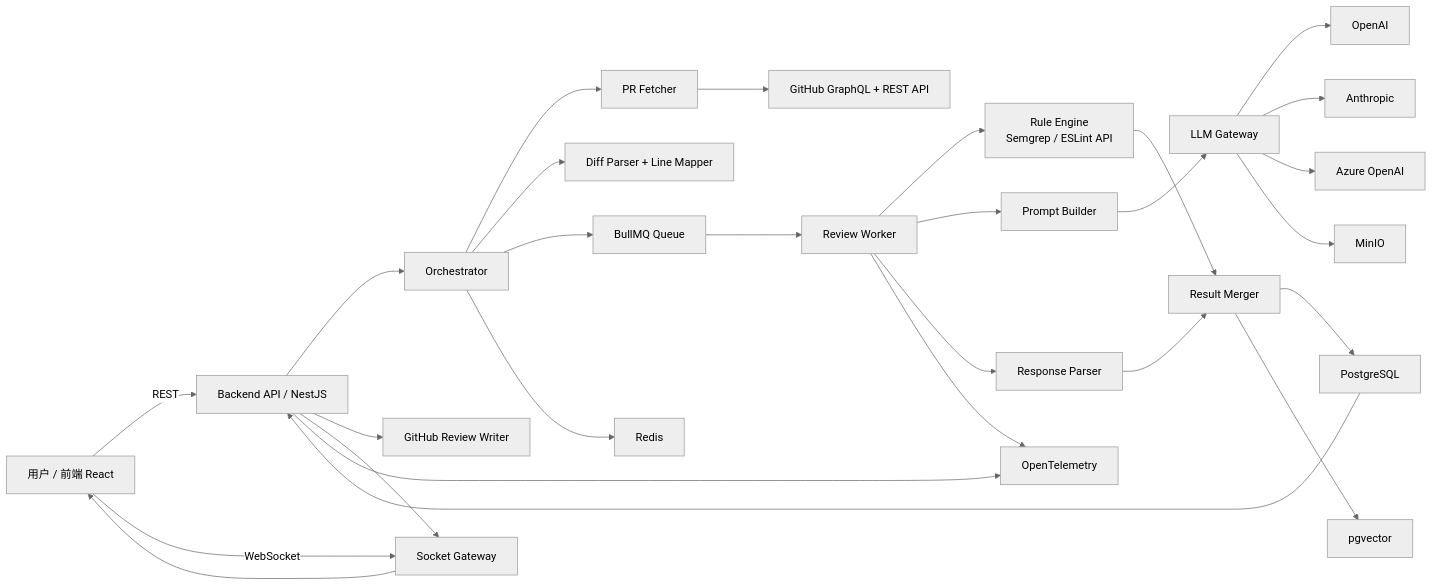
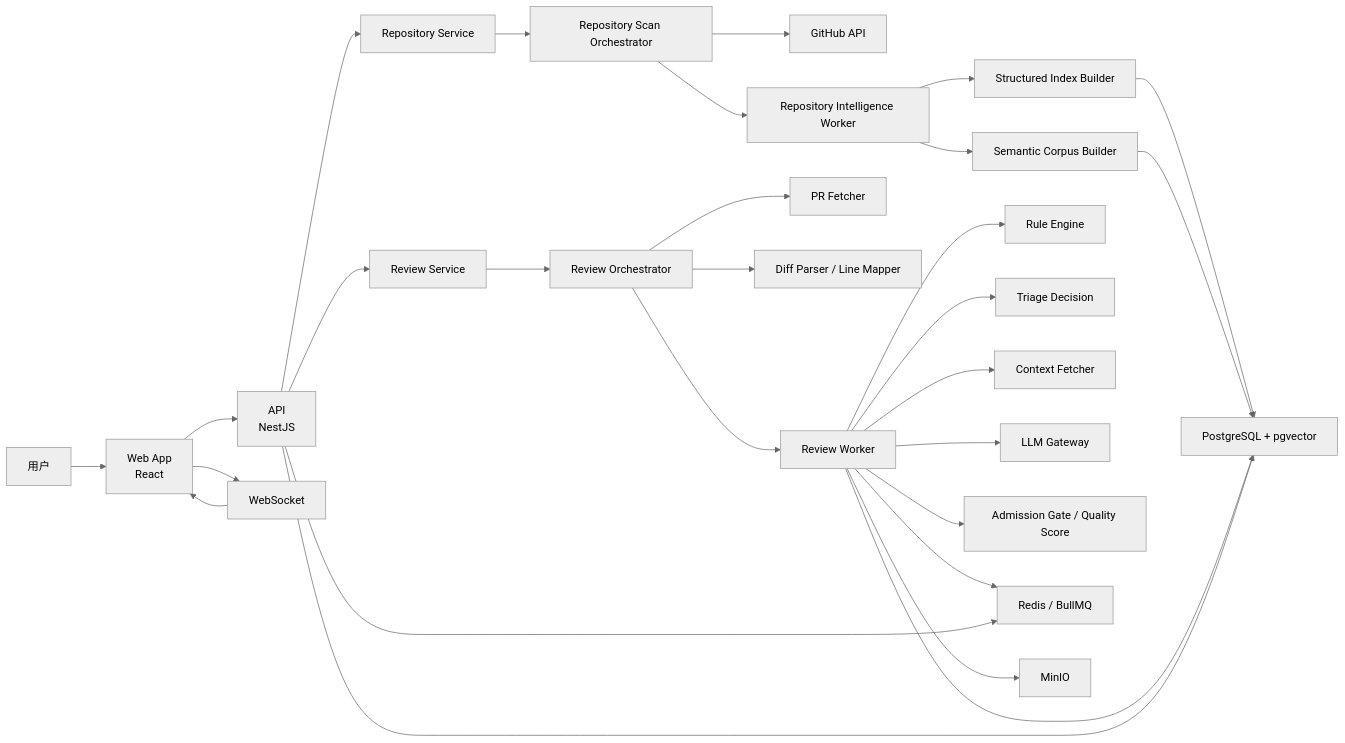
One commit to zhaoyongze123/ai-pr-review-assistant changed the first of 4 diagrams in docs/ai-pr-review-architecture.md. Above: the diagram before and after it, drawn with Mermaid (neutral theme). The commit also changed other lines of this file and 34 other files, not shown here.

````diff
--- a/docs/ai-pr-review-architecture.md
+++ b/docs/ai-pr-review-architecture.md
@@ -55,38 +61,38 @@
 ```mermaid
 flowchart LR
-    User["用户 / 前端 React"] -->|REST| Api["Backend API / NestJS"]
-    User -->|WebSocket| Ws["Socket Gateway"]
+    User["用户"] --> Web["Web App<br/>React"]
+    Web --> Api["API<br/>NestJS"]
+    Web --> Ws["WebSocket"]
 
-    Api --> Orchestrator["Orchestrator"]
-    Api --> GithubWriter["GitHub Review Writer"]
+    Api --> RepoSvc["Repository Service"]
+    Api --> ReviewSvc["Review Service"]
 
-    Orchestrator --> Fetcher["PR Fetcher"]
-    Fetcher --> GitHub["GitHub GraphQL + REST API"]
+    RepoSvc --> ScanOrc["Repository Scan Orchestrator"]
+    ReviewSvc --> ReviewOrc["Review Orchestrator"]
 
-    Orchestrator --> DiffParser["Diff Parser + Line Mapper"]
-    Orchestrator --> Queue["BullMQ Queue"]
-    Queue --> Worker["Review Worker"]
+    ScanOrc --> GitHub["GitHub API"]
+    ScanOrc --> RepoWorker["Repository Intelligence Worker"]
 
-    Worker --> RuleEngine["Rule Engine<br/>Semgrep / ESLint API"]
-    Worker --> PromptBuilder["Prompt Builder"]
-    PromptBuilder --> LLMGateway["LLM Gateway"]
-    LLMGateway --> ProviderA["OpenAI"]
-    LLMGateway --> ProviderB["Anthropic"]
-    LLMGateway --> ProviderC["Azure OpenAI"]
+    ReviewOrc --> PrFetcher["PR Fetcher"]
+    ReviewOrc --> DiffCore["Diff Parser / Line Mapper"]
+    ReviewOrc --> ReviewWorker["Review Worker"]
 
-    Worker --> ResponseParser["Response Parser"]
-    RuleEngine --> Merger["Result Merger"]
-    ResponseParser --> Merger["Result Merger"]
+    RepoWorker --> StructIndex["Structured Index Builder"]
+    RepoWorker --> SemanticIndex["Semantic Corpus Builder"]
 
-    Merger --> Postgres["PostgreSQL"]
-    Merger --> Vector["pgvector"]
-    LLMGateway --> MinIO["MinIO"]
-    Orchestrator --> Redis["Redis"]
+    ReviewWorker --> RuleEngine["Rule Engine"]
+    ReviewWorker --> Triage["Triage Decision"]
+    ReviewWorker --> ContextFetcher["Context Fetcher"]
+    ReviewWorker --> LLM["LLM Gateway"]
+    ReviewWorker --> Gate["Admission Gate / Quality Score"]
 
-    Postgres --> Api
-    Api --> Ws
-    Ws --> User
+    StructIndex --> Postgres["PostgreSQL + pgvector"]
+    SemanticIndex --> Postgres
+    ReviewWorker --> Postgres
+    ReviewWorker --> Redis["Redis / BullMQ"]
+    ReviewWorker --> MinIO["MinIO"]
 
-    Api --> OTel["OpenTelemetry"]
-    Worker --> OTel
+    Api --> Postgres
+    Api --> Redis
+    Ws --> Web
 ```
````
